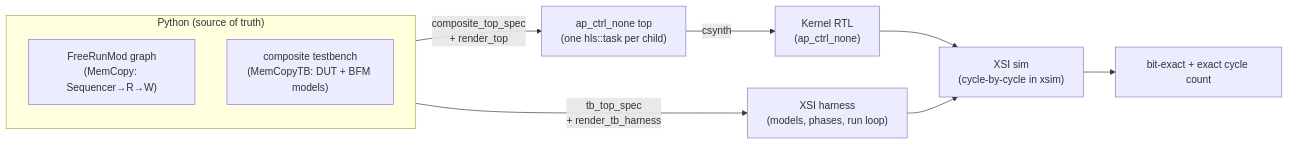
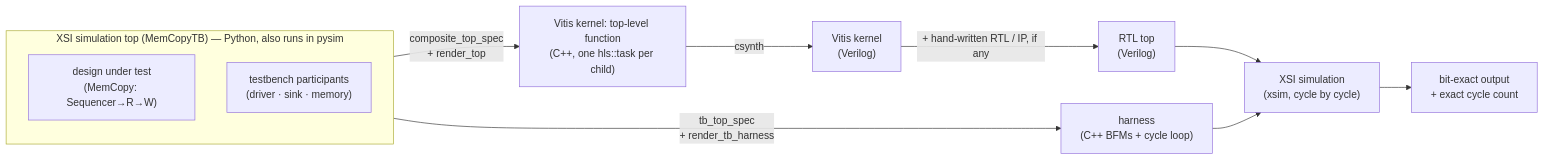
Before and after one commit to sdrangan/waveflow: the diagram in docs/guide/flows/concurrent_flowsteps.md, drawn with Mermaid. The commit also changed other lines of this file and 1 other file, not shown here.

First line of the commit message:
docs(flows): rewrite the flow steps in the components page's terms

````diff
--- a/docs/guide/flows/concurrent_flowsteps.md
+++ b/docs/guide/flows/concurrent_flowsteps.md
@@ -17,16 +30,17 @@
 ```mermaid
 flowchart LR
-  subgraph py["Python (source of truth)"]
+  subgraph py["XSI simulation top (MemCopyTB) — Python, also runs in pysim"]
     direction TB
-    DUT["FreeRunMod graph<br/>(MemCopy: Sequencer→R→W)"]
-    TB["composite testbench<br/>(MemCopyTB: DUT + BFM models)"]
+    DUT["design under test<br/>(MemCopy: Sequencer→R→W)"]
+    PART["testbench participants<br/>(driver · sink · memory)"]
   end
 
-  DUT -->|"composite_top_spec<br/>+ render_top"| TOP["ap_ctrl_none top<br/>(one hls::task per child)"]
-  TB  -->|"tb_top_spec<br/>+ render_tb_harness"| HARN["XSI harness<br/>(models, phases, run loop)"]
+  DUT -->|"composite_top_spec<br/>+ render_top"| TOP["Vitis kernel: top-level function<br/>(C++, one hls::task per child)"]
+  TOP -->|"csynth"| KV["Vitis kernel<br/>(Verilog)"]
+  KV -->|"+ hand-written RTL / IP, if any"| RT["RTL top<br/>(Verilog)"]
+  py -->|"tb_top_spec<br/>+ render_tb_harness"| HARN["harness<br/>(C++ BFMs + cycle loop)"]
 
-  TOP -->|"csynth"| RTL["Kernel RTL<br/>(ap_ctrl_none)"]
-  RTL --> XSI["XSI sim<br/>(cycle-by-cycle in xsim)"]
+  RT --> XSI["XSI simulation<br/>(xsim, cycle by cycle)"]
   HARN --> XSI
-  XSI --> CHK["bit-exact + exact cycle count"]
+  XSI --> CHK["bit-exact output<br/>+ exact cycle count"]
 ```
````
